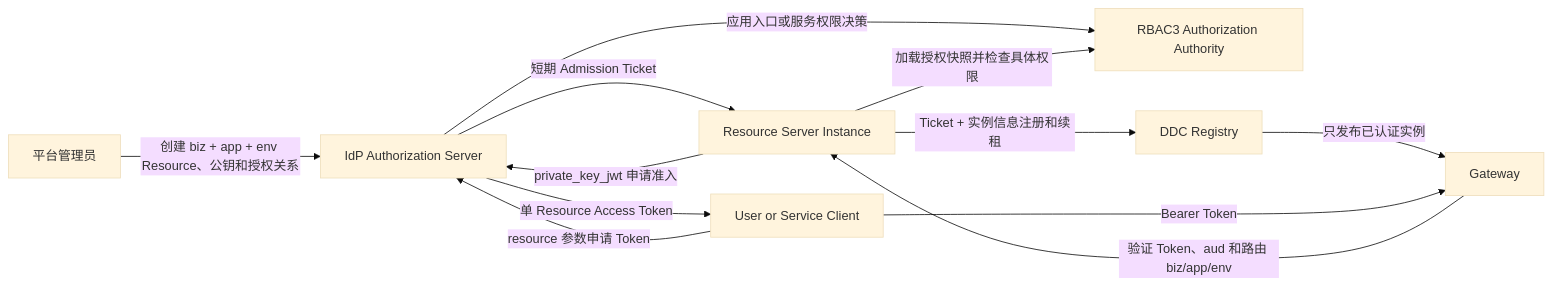
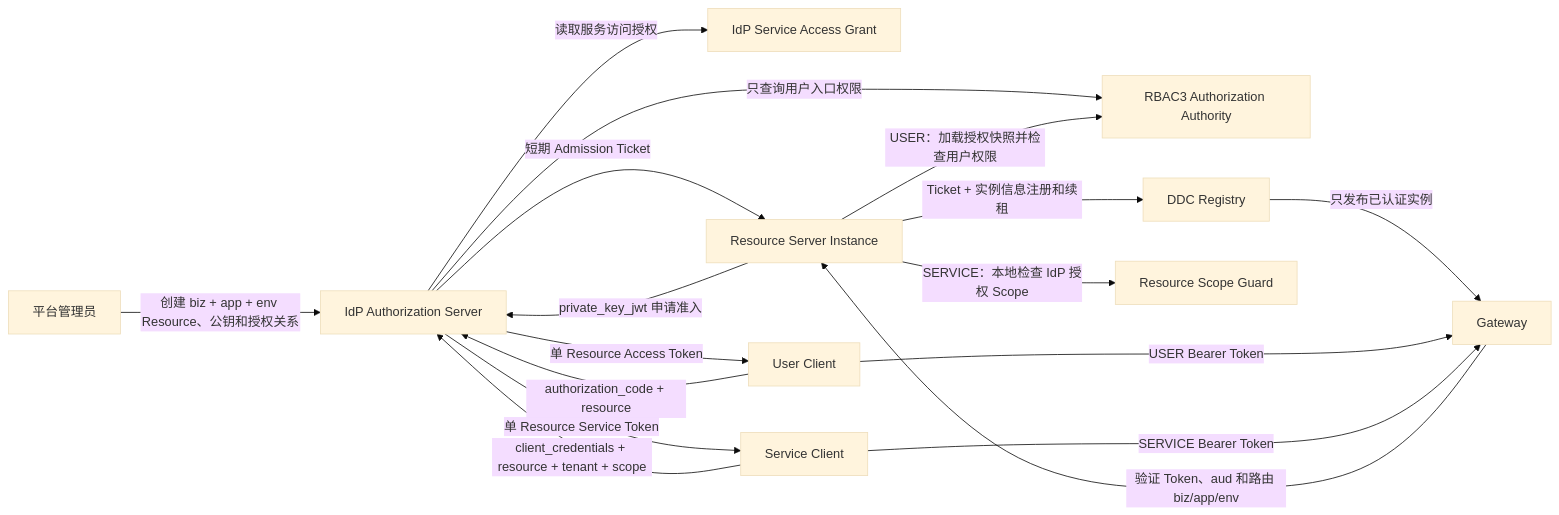
The first of 2 diagrams in docs/superpowers/specs/2026-08-10-oauth2-resource-server-admission-design.md (AllenDEricDAlexander/Egon-COLA), drawn with Mermaid (base theme) before and after one commit. The commit also changed other lines of this file, not shown here.

Commit message:
docs(idp): keep service authorization in oauth2

````diff
--- a/docs/superpowers/specs/2026-08-10-oauth2-resource-server-admission-design.md
+++ b/docs/superpowers/specs/2026-08-10-oauth2-resource-server-admission-design.md
@@ -140,22 +156,30 @@
 ```mermaid
 flowchart LR
     Admin["平台管理员"]
     IdP["IdP Authorization Server"]
     RBAC3["RBAC3 Authorization Authority"]
+    ServiceGrant["IdP Service Access Grant"]
     Service["Resource Server Instance"]
     DDC["DDC Registry"]
     Gateway["Gateway"]
-    Client["User or Service Client"]
+    UserClient["User Client"]
+    ServiceClient["Service Client"]
+    ScopeGuard["Resource Scope Guard"]
 
     Admin -->|"创建 biz + app + env Resource、公钥和授权关系"| IdP
     Service -->|"private_key_jwt 申请准入"| IdP
     IdP -->|"短期 Admission Ticket"| Service
     Service -->|"Ticket + 实例信息注册和续租"| DDC
     DDC -->|"只发布已认证实例"| Gateway
-    Client -->|"resource 参数申请 Token"| IdP
-    IdP -->|"应用入口或服务权限决策"| RBAC3
-    IdP -->|"单 Resource Access Token"| Client
-    Client -->|"Bearer Token"| Gateway
+    UserClient -->|"authorization_code + resource"| IdP
+    IdP -->|"只查询用户入口权限"| RBAC3
+    ServiceClient -->|"client_credentials + resource + tenant + scope"| IdP
+    IdP -->|"读取服务访问授权"| ServiceGrant
+    IdP -->|"单 Resource Access Token"| UserClient
+    IdP -->|"单 Resource Service Token"| ServiceClient
+    UserClient -->|"USER Bearer Token"| Gateway
+    ServiceClient -->|"SERVICE Bearer Token"| Gateway
     Gateway -->|"验证 Token、aud 和路由 biz/app/env"| Service
-    Service -->|"加载授权快照并检查具体权限"| RBAC3
+    Service -->|"USER：加载授权快照并检查用户权限"| RBAC3
+    Service -->|"SERVICE：本地检查 IdP 授权 Scope"| ScopeGuard
 ```
````
